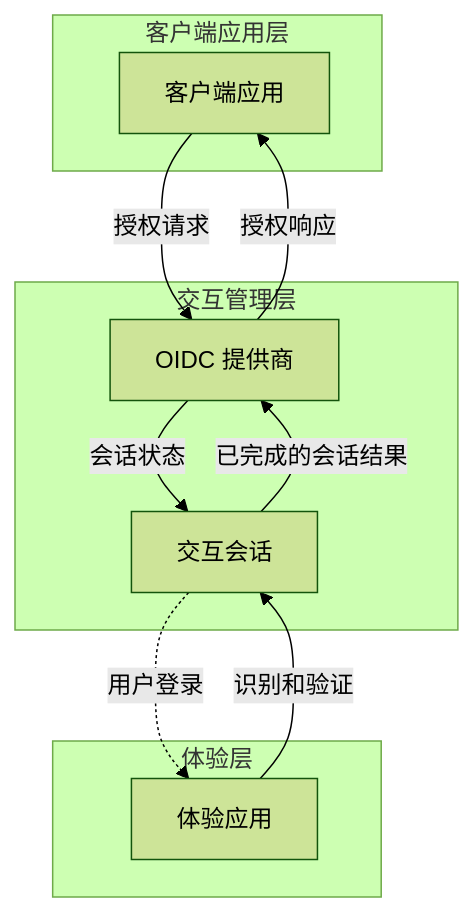
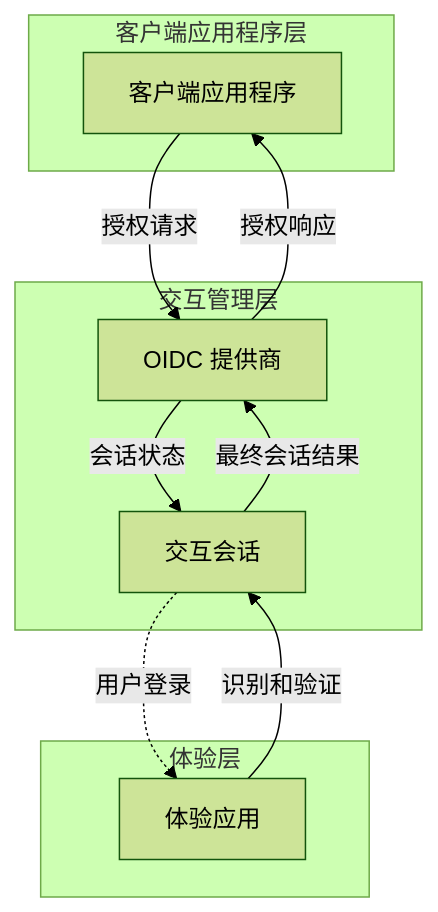
The second of 2 diagrams in i18n/zh-CN/docusaurus-plugin-content-docs/current/end-user-flows/sign-up-and-sign-in/README.mdx (logto-io/docs), drawn with Mermaid (forest theme) before and after one commit. The commit also changed other lines of this file and 428 other files, not shown here.

````diff
--- a/i18n/zh-CN/docusaurus-plugin-content-docs/current/end-user-flows/sign-up-and-sign-in/README.mdx
+++ b/i18n/zh-CN/docusaurus-plugin-content-docs/current/end-user-flows/sign-up-and-sign-in/README.mdx
@@ -45,24 +45,24 @@
 ```mermaid
 flowchart TD
   %% 层
-  subgraph Layer1 [客户端应用层]
-      A[客户端应用]
+  subgraph Layer1 [客户端应用程序层]
+      A[客户端应用程序]
   end
 
   subgraph Layer2 [交互管理层]
       B[OIDC 提供商]
       C[交互会话]
   end
 
   subgraph Layer3 [体验层]
       D[体验应用]
   end
 
   %% 连接
   A --> |授权请求| B
   B --> |会话状态| C
   C -.-> |用户登录| D
   D --> |识别和验证| C
-  C --> |已完成的会话结果| B
+  C --> |最终会话结果| B
   B --> |授权响应| A
 ```
````
